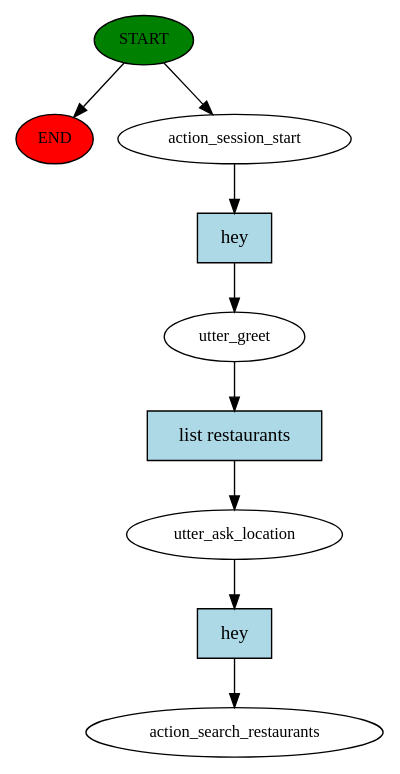
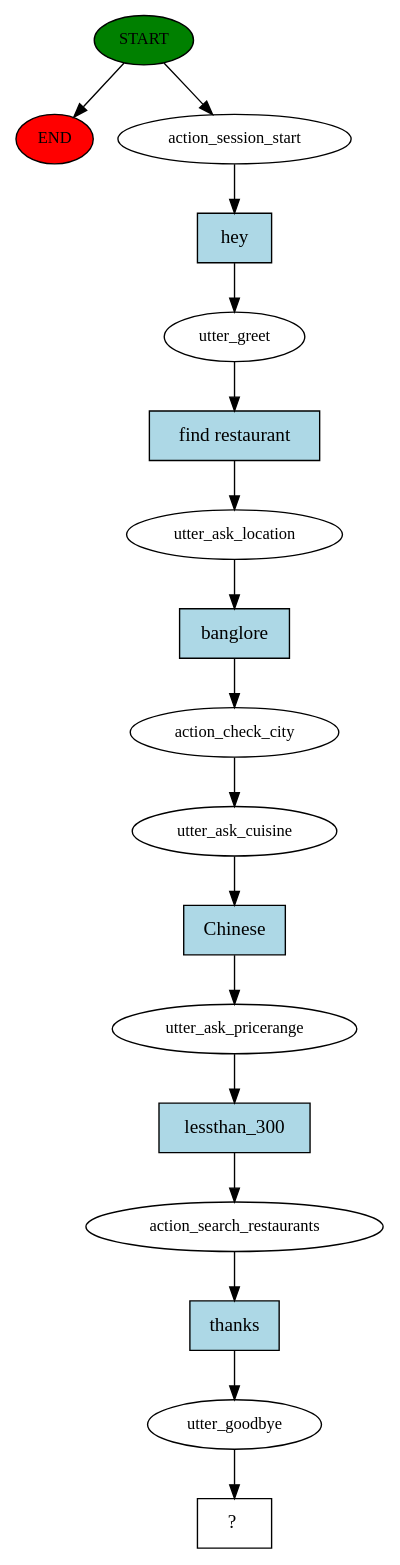
Before and after one commit to devasci/rasa_casestudy: the diagram in story_graph.dot, drawn with Graphviz. The commit also changed 14 other files, not shown here.

```diff
--- a/story_graph.dot
+++ b/story_graph.dot
@@ -1,19 +1,35 @@
 digraph  {
 0 [class="start active", fillcolor=green, fontsize=12, label=START, style=filled];
 "-1" [class=end, fillcolor=red, fontsize=12, label=END, style=filled];
 1 [class=active, fontsize=12, label=action_session_start];
 2 [class=active, fontsize=12, label=utter_greet];
 3 [class=active, fontsize=12, label=utter_ask_location];
-4 [class="dashed active", fontsize=12, label=action_search_restaurants];
-5 [class="intent active", fillcolor=lightblue, label=hey, shape=rect, style=filled];
-6 [class="intent active", fillcolor=lightblue, label="list restaurants", shape=rect, style=filled];
-7 [class="intent active", fillcolor=lightblue, label=hey, shape=rect, style=filled];
+4 [class=active, fontsize=12, label=action_check_city];
+5 [class=active, fontsize=12, label=utter_ask_cuisine];
+6 [class=active, fontsize=12, label=utter_ask_pricerange];
+7 [class=active, fontsize=12, label=action_search_restaurants];
+8 [class=active, fontsize=12, label=utter_goodbye];
+9 [class="intent dashed active", label="  ?  ", shape=rect];
+10 [class="intent active", fillcolor=lightblue, label=hey, shape=rect, style=filled];
+11 [class="intent active", fillcolor=lightblue, label="find restaurant", shape=rect, style=filled];
+12 [class="intent active", fillcolor=lightblue, label=banglore, shape=rect, style=filled];
+13 [class="intent active", fillcolor=lightblue, label=Chinese, shape=rect, style=filled];
+14 [class="intent active", fillcolor=lightblue, label=lessthan_300, shape=rect, style=filled];
+15 [class="intent active", fillcolor=lightblue, label=thanks, shape=rect, style=filled];
 0 -> "-1"  [class="", key=NONE, label=""];
 0 -> 1  [class=active, key=NONE, label=""];
-1 -> 5  [class=active, key=0];
-2 -> 6  [class=active, key=0];
-3 -> 7  [class=active, key=0];
-5 -> 2  [class=active, key=0];
-6 -> 3  [class=active, key=0];
-7 -> 4  [class=active, key=0];
+1 -> 10  [class=active, key=0];
+2 -> 11  [class=active, key=0];
+3 -> 12  [class=active, key=0];
+4 -> 5  [class=active, key=NONE, label=""];
+5 -> 13  [class=active, key=0];
+6 -> 14  [class=active, key=0];
+7 -> 15  [class=active, key=0];
+8 -> 9  [class=active, key=NONE, label=""];
+10 -> 2  [class=active, key=0];
+11 -> 3  [class=active, key=0];
+12 -> 4  [class=active, key=0];
+13 -> 6  [class=active, key=0];
+14 -> 7  [class=active, key=0];
+15 -> 8  [class=active, key=0];
 }
```
